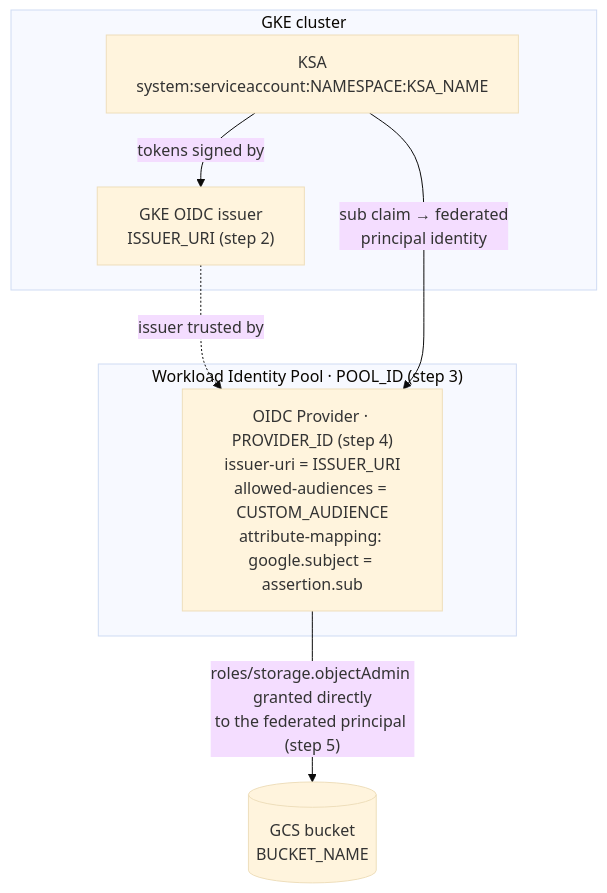
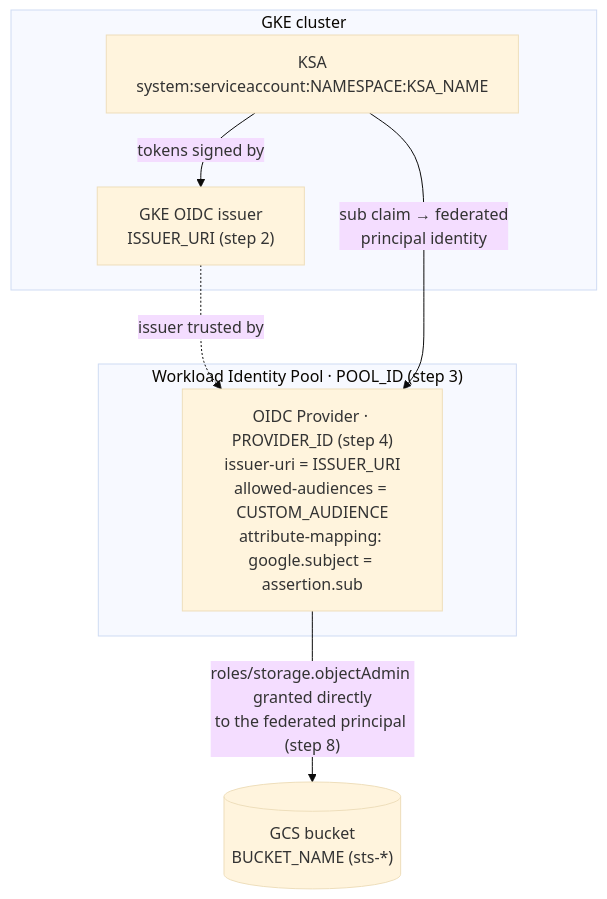
Before and after one commit to jeremy-desmauts/STS: the first of 5 diagrams in README.md, drawn with Mermaid (base theme). The commit also changed other lines of this file and 12 other files, not shown here.

First line of the commit message:
Add bootstrap bucket creation, sts-* IAM conditions and lifecycle rules

````diff
--- a/README.md
+++ b/README.md
@@ -29,18 +35,18 @@
 ```mermaid
 flowchart TD
     subgraph gke["GKE cluster"]
         KSA["KSA\nsystem:serviceaccount:NAMESPACE:KSA_NAME"]
         Issuer["GKE OIDC issuer\nISSUER_URI (step 2)"]
         KSA -- "tokens signed by" --> Issuer
     end
 
     subgraph pool["Workload Identity Pool · POOL_ID (step 3)"]
         Provider["OIDC Provider · PROVIDER_ID (step 4)\nissuer-uri = ISSUER_URI\nallowed-audiences = CUSTOM_AUDIENCE\nattribute-mapping: google.subject = assertion.sub"]
     end
 
-    Bucket[("GCS bucket\nBUCKET_NAME")]
+    Bucket[("GCS bucket\nBUCKET_NAME (sts-*)")]
 
     Issuer -. "issuer trusted by" .-> Provider
     KSA -- "sub claim → federated\nprincipal identity" --> Provider
-    Provider -- "roles/storage.objectAdmin granted directly\nto the federated principal (step 5)" --> Bucket
+    Provider -- "roles/storage.objectAdmin granted directly\nto the federated principal (step 8)" --> Bucket
 ```
````
